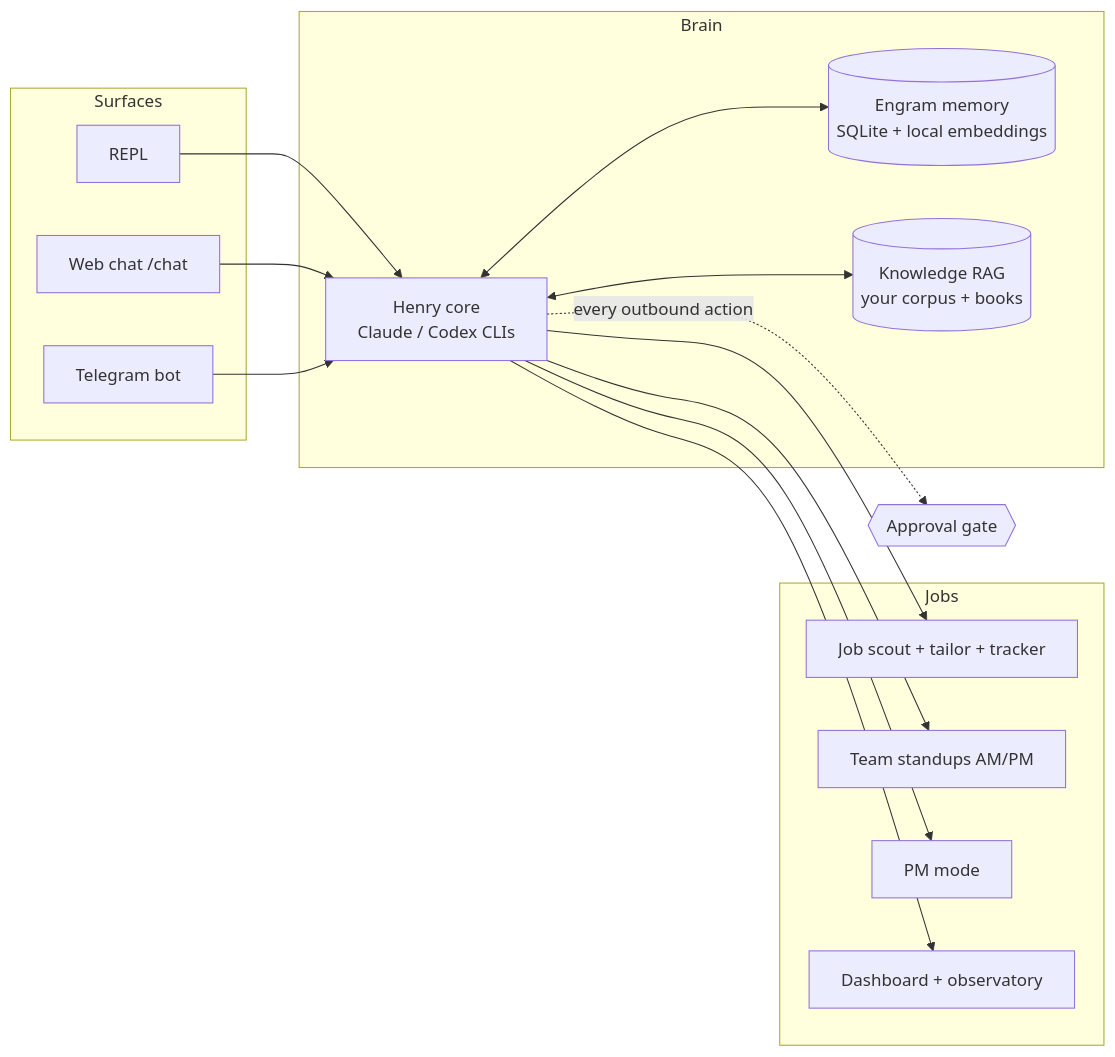
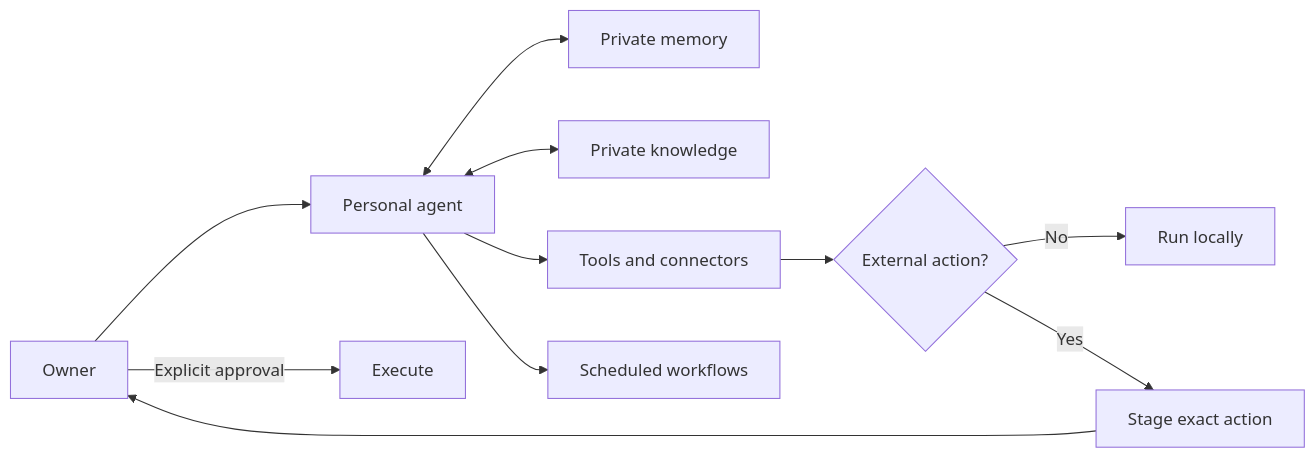
Before and after one commit to Luvishgulati03/henry-digital-personality-of-luvish: the diagram in README.md, drawn with Mermaid. The commit also changed other lines of this file and 1 other file, not shown here.

Commit message:
docs: sharpen Henry product positioning

````diff
--- a/README.md
+++ b/README.md
@@ -37,16 +37,13 @@
 ```mermaid
 flowchart LR
-    subgraph Surfaces
-        R[REPL] ; W[Web chat /chat] ; T[Telegram bot]
-    end
-    subgraph Brain
-        H[Henry core<br/>Claude / Codex CLIs] ; M[(Engram memory<br/>SQLite + local embeddings)] ; K[(Knowledge RAG<br/>your corpus + books)]
-    end
-    subgraph Jobs
-        J[Job scout + tailor + tracker] ; S[Team standups AM/PM] ; P[PM mode] ; D[Dashboard + observatory]
-    end
-    R --> H ; W --> H ; T --> H
-    H <--> M ; H <--> K
-    H --> J ; H --> S ; H --> P ; H --> D
-    H -.every outbound action.-> A{{Approval gate}}
+    U[Owner] --> H[Personal agent]
+    H <--> M[Private memory]
+    H <--> K[Private knowledge]
+    H --> T[Tools and connectors]
+    H --> W[Scheduled workflows]
+    T --> A{External action?}
+    A -->|No| R[Run locally]
+    A -->|Yes| P[Stage exact action]
+    P --> U
+    U -->|Explicit approval| X[Execute]
 ```
````
